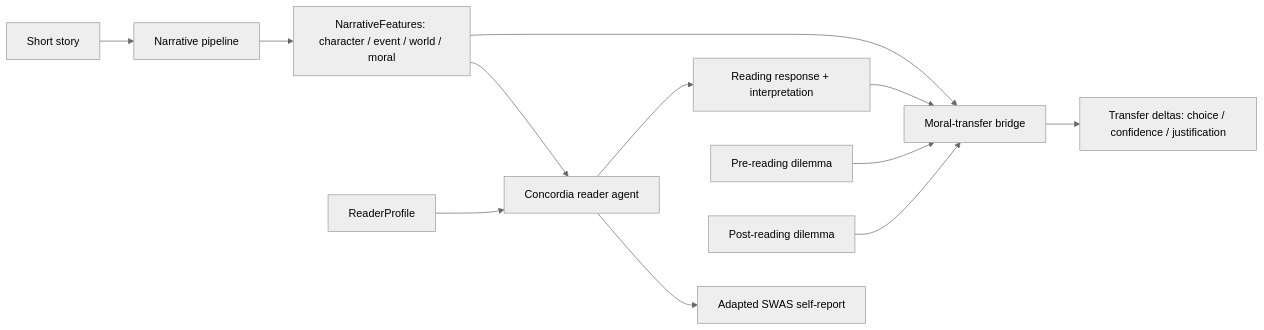
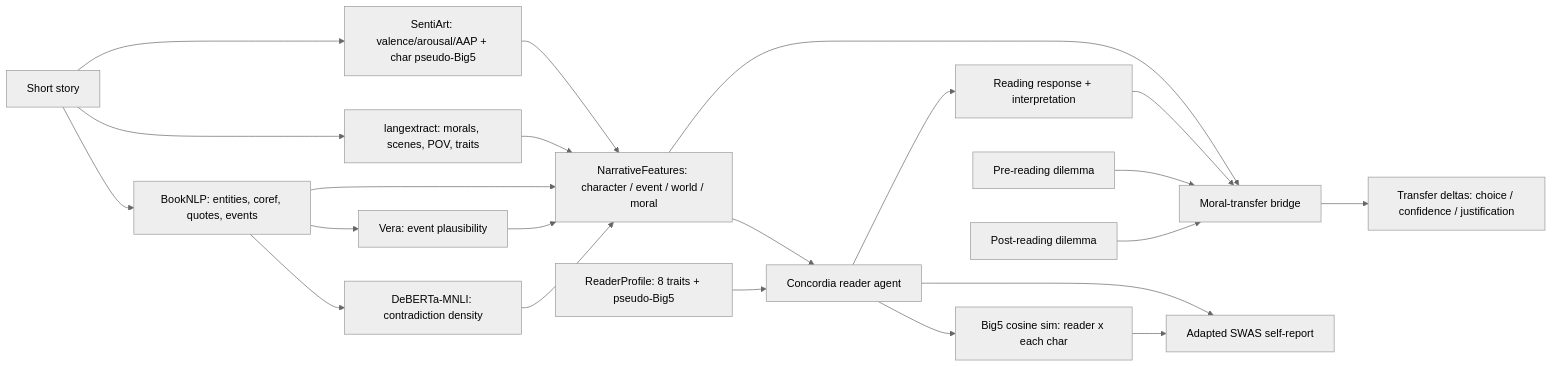
Before and after one commit to BakhturinaPolina/Story2Belief: the diagram in docs/01-three-layer-architecture.md, drawn with Mermaid (neutral theme). The commit also changed other lines of this file and 24 other files, not shown here.

````diff
--- a/docs/01-three-layer-architecture.md
+++ b/docs/01-three-layer-architecture.md
@@ -12,14 +12,24 @@
 ```mermaid
 flowchart LR
-    Text[Short story] --> NarrPipe[Narrative pipeline]
-    NarrPipe --> NarrFeat["NarrativeFeatures: character / event / world / moral"]
-    Profile[ReaderProfile] --> Agent[Concordia reader agent]
+    Text[Short story] --> BookNLP[BookNLP: entities, coref, quotes, events]
+    Text --> langExtract[langextract: morals, scenes, POV, traits]
+    Text --> SentiArt[SentiArt: valence/arousal/AAP + char pseudo-Big5]
+    BookNLP --> NLI[DeBERTa-MNLI: contradiction density]
+    BookNLP --> Vera[Vera: event plausibility]
+    BookNLP --> NarrFeat["NarrativeFeatures: character / event / world / moral"]
+    langExtract --> NarrFeat
+    SentiArt --> NarrFeat
+    NLI --> NarrFeat
+    Vera --> NarrFeat
+    Profile["ReaderProfile: 8 traits + pseudo-Big5"] --> Agent[Concordia reader agent]
     NarrFeat --> Agent
-    Agent --> SWAS[Adapted SWAS self-report]
+    Agent --> Match["Big5 cosine sim: reader x each char"]
+    Match --> SWAS[Adapted SWAS self-report]
+    Agent --> SWAS
     Agent --> Resp[Reading response + interpretation]
     NarrFeat --> Bridge[Moral-transfer bridge]
     Resp --> Bridge
     PreDilemma[Pre-reading dilemma] --> Bridge
     PostDilemma[Post-reading dilemma] --> Bridge
     Bridge --> Delta["Transfer deltas: choice / confidence / justification"]
 ```
````
